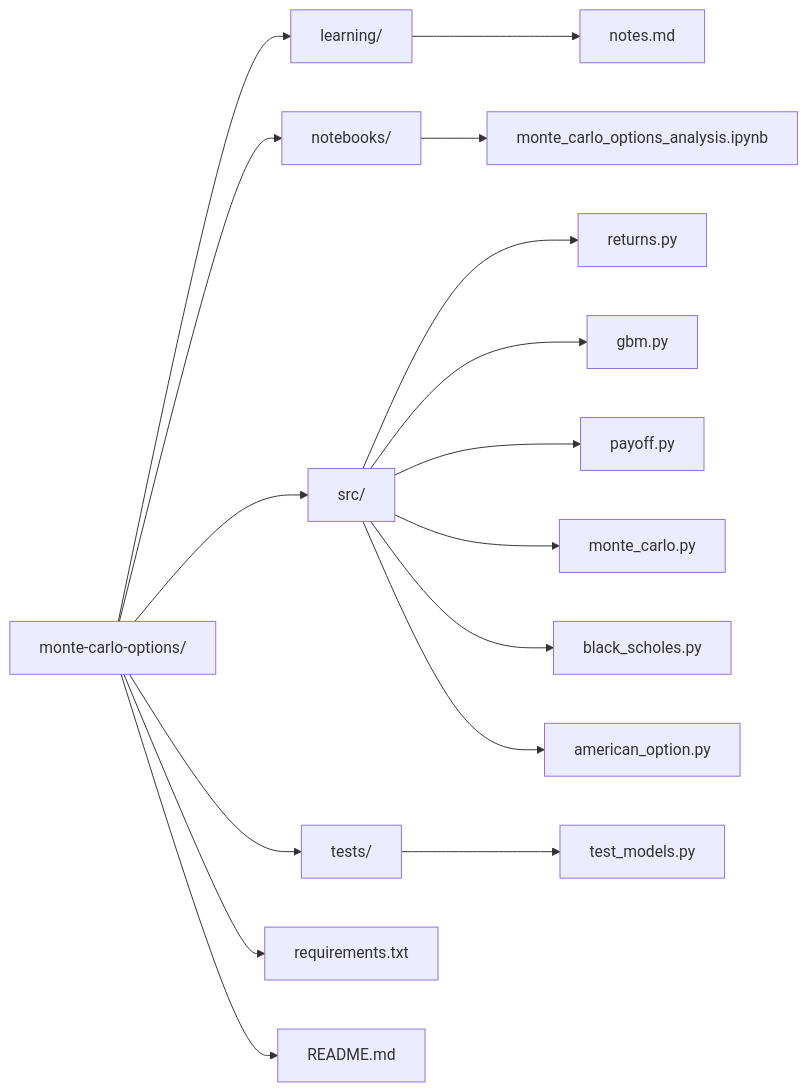
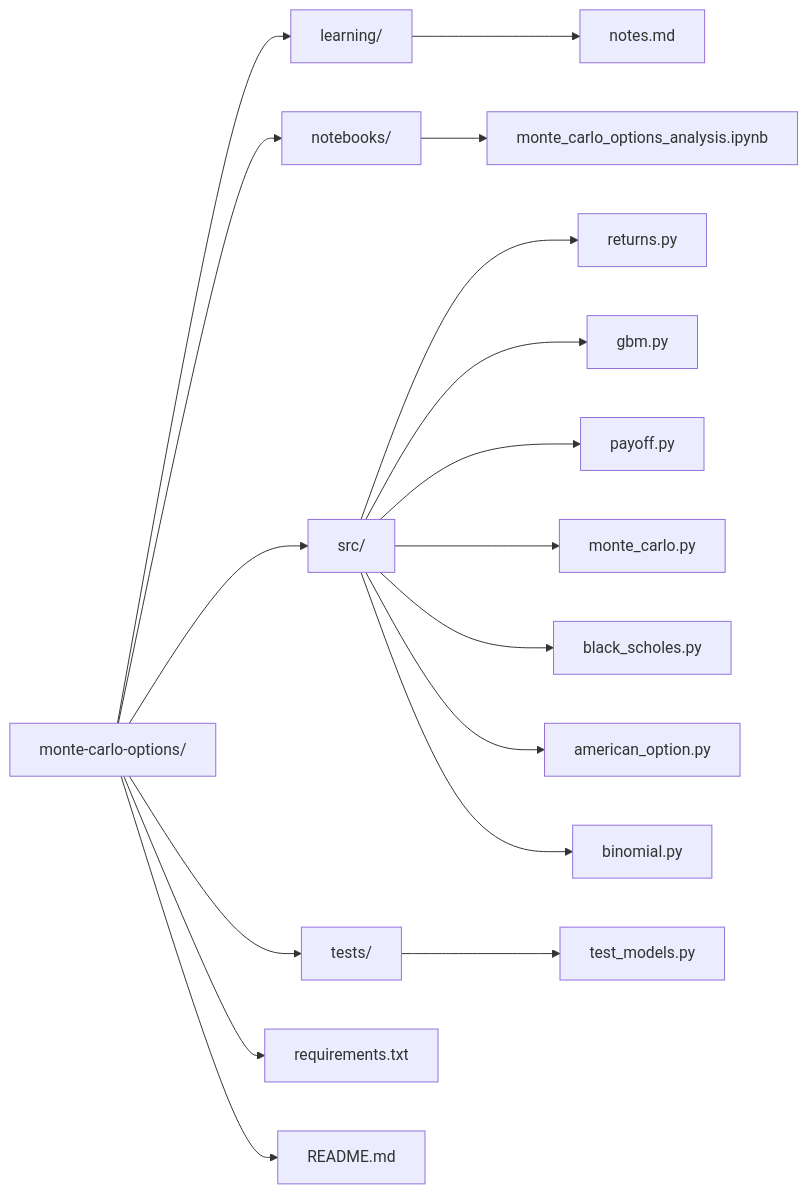
The second of 4 diagrams in README.md (Samarthuday/monte-carlo-options), drawn with Mermaid before and after one commit. The commit also changed other lines of this file and 1 other file, not shown here.

Commit message:
docs: refresh notebook outputs and add binomial.py to README
- Re-executed monte_carlo_options_analysis.ipynb to ensure output matches current implementation
- Added binomial.py to both project structure diagram and module reference table
- Binomial tree now explicitly documented as CRR validation benchmark for American puts

````diff
--- a/README.md
+++ b/README.md
@@ -54,22 +54,23 @@
 ```mermaid
 graph LR
     Root[monte-carlo-options/] --> Learning[learning/]
     Learning --> Notes[notes.md]
 
     Root --> Notebooks[notebooks/]
     Notebooks --> NB[monte_carlo_options_analysis.ipynb]
 
     Root --> Src[src/]
     Src --> Returns[returns.py]
     Src --> GBM[gbm.py]
     Src --> Payoff[payoff.py]
     Src --> MC[monte_carlo.py]
     Src --> BS[black_scholes.py]
     Src --> American[american_option.py]
+    Src --> Binomial[binomial.py]
 
     Root --> Tests[tests/]
     Tests --> TestModels[test_models.py]
 
     Root --> Req[requirements.txt]
     Root --> ReadMe[README.md]
 ```
````
